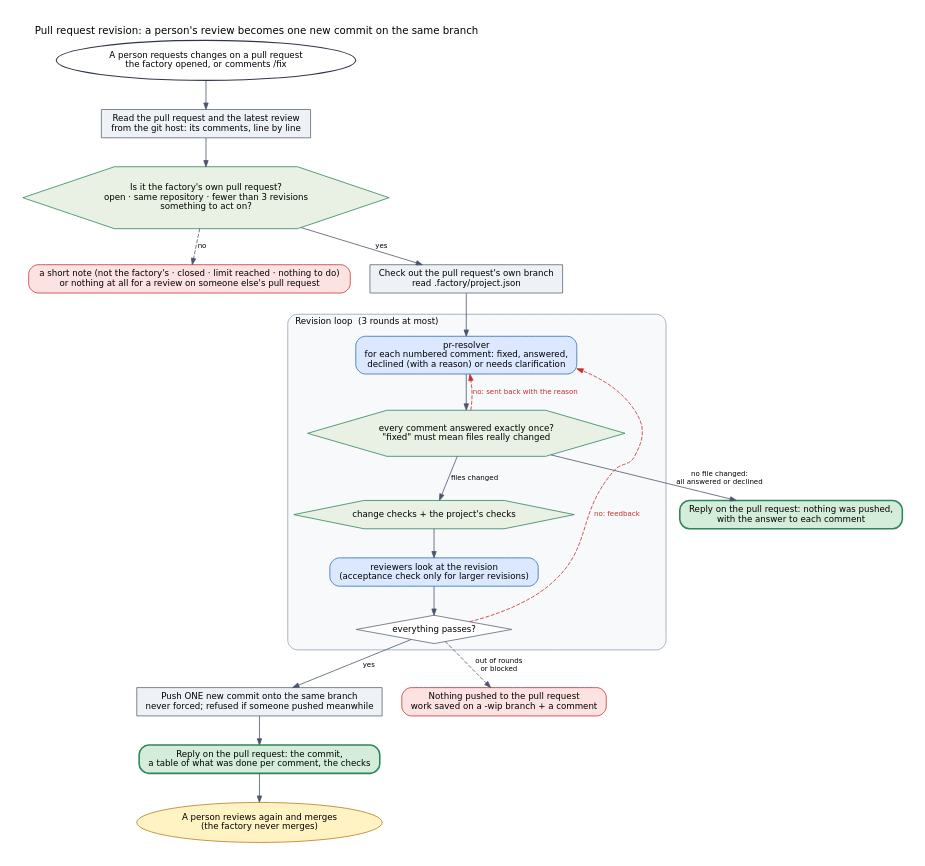
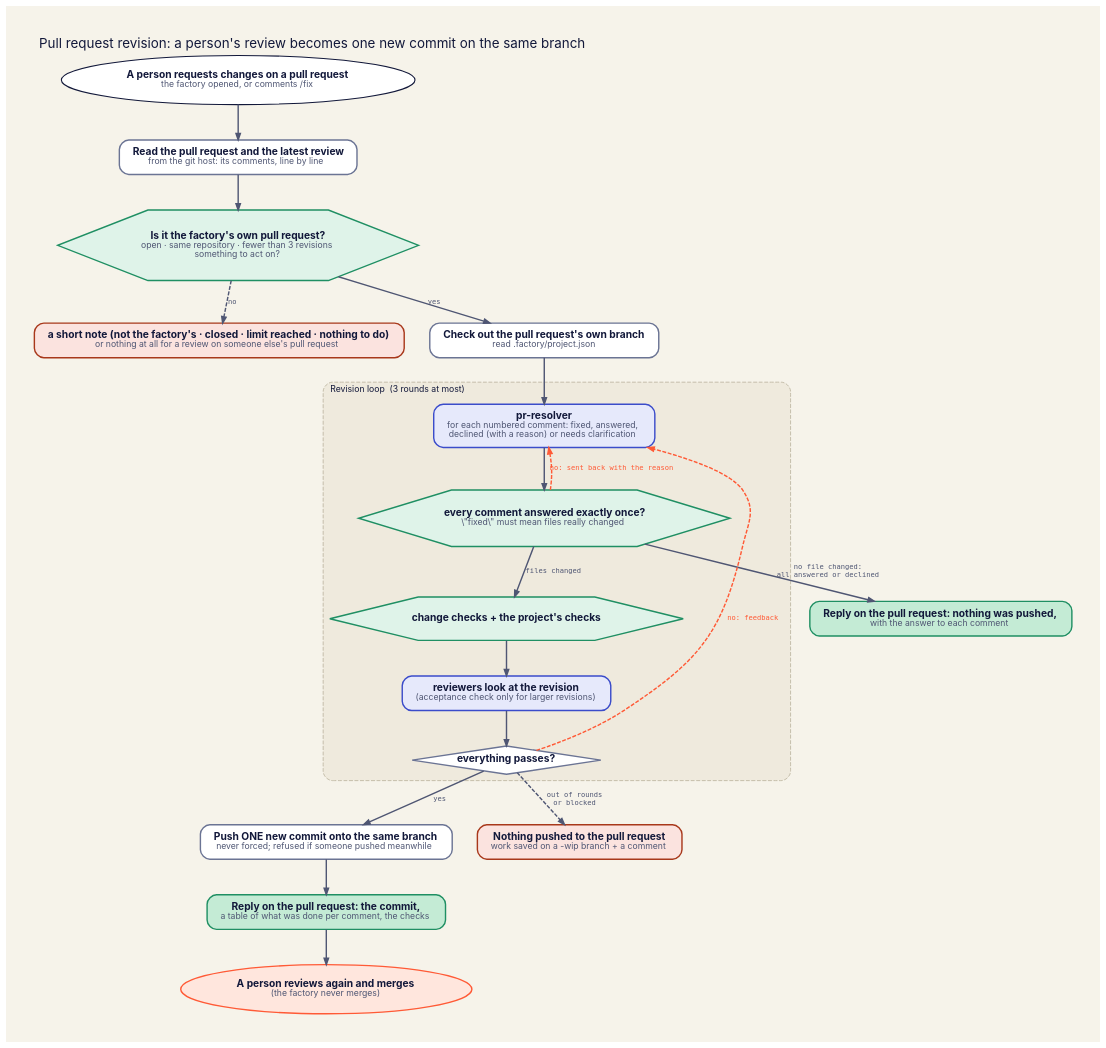
The diagram in docs/diagrams/pr-revision.dot (ai-sdlc-factory/ai-sdlc-factory), drawn with Graphviz before and after one commit. The commit also changed 24 other files, not shown here.

First line of the commit message:
Restyle docs diagrams to match the website

```diff
--- a/docs/diagrams/pr-revision.dot
+++ b/docs/diagrams/pr-revision.dot
@@ -1,39 +1,39 @@
 digraph pr_revision {
-  graph [rankdir=TB, fontname="DejaVu Sans", fontsize=13, bgcolor=white, pad=0.3, nodesep=0.35, ranksep=0.5, labelloc=t, labeljust=l, compound=true];
-  node  [fontname="DejaVu Sans", fontsize=11, shape=box, style="rounded,filled", margin="0.15,0.08", fillcolor="#eef2f6", color="#5b6773"];
-  edge  [fontname="DejaVu Sans", fontsize=9, color="#4a5568", arrowsize=0.8];
+  graph [rankdir=TB, fontname="Inter",  bgcolor="#f6f3ea", pad=0.5, nodesep=0.45, ranksep=0.60, fontcolor="#12183a", fontsize=17, labelloc=t, labeljust=l, compound=true];
+  node  [fontname="Inter", fontsize=13, fontcolor="#12183a", penwidth=1.8, shape=box, style="rounded,filled", margin="0.24,0.14", fillcolor="#ffffff", color="#6b7494"];
+  edge  [fontname="DejaVu Sans Mono", fontsize=9, fontcolor="#4f5673", penwidth=1.8, arrowhead=normal, color="#4f5673", arrowsize=0.8];
   label="Pull request revision: a person's review becomes one new commit on the same branch";
 
-  start  [label="A person requests changes on a pull request\nthe factory opened, or comments /fix", shape=oval, style="filled", fillcolor="#ffffff", color="#2d3748", penwidth=1.4];
-  read   [label="Read the pull request and the latest review\nfrom the git host: its comments, line by line", shape=box, style="filled", fillcolor="#eef2f6", color="#5b6773"];
-  rules  [label="Is it the factory's own pull request?\nopen · same repository · fewer than 3 revisions\nsomething to act on?", shape=hexagon, style="filled", fillcolor="#e8f1e4", color="#2f855a"];
-  refuse [label="a short note (not the factory's · closed · limit reached · nothing to do)\nor nothing at all for a review on someone else's pull request", shape=box, style="rounded,filled", fillcolor="#fde2e2", color="#c53030"];
-  intake [label="Check out the pull request's own branch\nread .factory/project.json", shape=box, style="filled", fillcolor="#eef2f6", color="#5b6773"];
+  start  [label=<<B>A person requests changes on a pull request</B><BR/><FONT COLOR="#4f5673" POINT-SIZE="11">the factory opened, or comments /fix</FONT>>, shape=oval, style="filled", fillcolor="#ffffff", color="#12183a", penwidth=1.4];
+  read   [label=<<B>Read the pull request and the latest review</B><BR/><FONT COLOR="#4f5673" POINT-SIZE="11">from the git host: its comments, line by line</FONT>>, shape=box, style="rounded,filled", fillcolor="#ffffff", color="#6b7494"];
+  rules  [label=<<B>Is it the factory's own pull request?</B><BR/><FONT COLOR="#4f5673" POINT-SIZE="11">open · same repository · fewer than 3 revisions</FONT><BR/><FONT COLOR="#4f5673" POINT-SIZE="11">something to act on?</FONT>>, shape=hexagon, style="filled", fillcolor="#dff3e9", color="#1f8f63"];
+  refuse [label=<<B>a short note (not the factory's · closed · limit reached · nothing to do)</B><BR/><FONT COLOR="#4f5673" POINT-SIZE="11">or nothing at all for a review on someone else's pull request</FONT>>, shape=box, style="rounded,filled", fillcolor="#fbe3df", color="#a8381b"];
+  intake [label=<<B>Check out the pull request's own branch</B><BR/><FONT COLOR="#4f5673" POINT-SIZE="11">read .factory/project.json</FONT>>, shape=box, style="rounded,filled", fillcolor="#ffffff", color="#6b7494"];
 
   subgraph cluster_loop {
-    label="Revision loop  (3 rounds at most)"; style="rounded,filled"; color="#8fa3b8"; fillcolor="#f7f9fb"; fontsize=11;
-    resolver [label="pr-resolver\nfor each numbered comment: fixed, answered,\ndeclined (with a reason) or needs clarification", shape=box, style="rounded,filled", fillcolor="#dbe8ff", color="#2b6cb0"];
-    answers  [label="every comment answered exactly once?\n\"fixed\" must mean files really changed", shape=hexagon, style="filled", fillcolor="#e8f1e4", color="#2f855a"];
-    checks   [label="change checks + the project's checks", shape=hexagon, style="filled", fillcolor="#e8f1e4", color="#2f855a"];
-    reviewers[label="reviewers look at the revision\n(acceptance check only for larger revisions)", shape=box, style="rounded,filled", fillcolor="#dbe8ff", color="#2b6cb0"];
-    ok       [label="everything passes?", shape=diamond, style="filled", fillcolor="#ffffff", color="#5b6773", margin="0.05,0.05"];
+    label="Revision loop  (3 rounds at most)"; style="rounded,filled,dashed"; color="#b9b29c"; fillcolor="#efeadd"; fontsize=11;
+    resolver [label=<<B>pr-resolver</B><BR/><FONT COLOR="#4f5673" POINT-SIZE="11">for each numbered comment: fixed, answered,</FONT><BR/><FONT COLOR="#4f5673" POINT-SIZE="11">declined (with a reason) or needs clarification</FONT>>, shape=box, style="rounded,filled", fillcolor="#e6e9fb", color="#3b4cca"];
+    answers  [label=<<B>every comment answered exactly once?</B><BR/><FONT COLOR="#4f5673" POINT-SIZE="11">\"fixed\" must mean files really changed</FONT>>, shape=hexagon, style="filled", fillcolor="#dff3e9", color="#1f8f63"];
+    checks   [label=<<B>change checks + the project's checks</B>>, shape=hexagon, style="filled", fillcolor="#dff3e9", color="#1f8f63"];
+    reviewers[label=<<B>reviewers look at the revision</B><BR/><FONT COLOR="#4f5673" POINT-SIZE="11">(acceptance check only for larger revisions)</FONT>>, shape=box, style="rounded,filled", fillcolor="#e6e9fb", color="#3b4cca"];
+    ok       [label=<<B>everything passes?</B>>, shape=diamond, style="filled", fillcolor="#ffffff", color="#6b7494", margin="0.05,0.05"];
   }
-  replied [label="Reply on the pull request: nothing was pushed,\nwith the answer to each comment", shape=box, style="rounded,filled,bold", fillcolor="#d4edda", color="#2f855a"];
-  push    [label="Push ONE new commit onto the same branch\nnever forced; refused if someone pushed meanwhile", shape=box, style="filled", fillcolor="#eef2f6", color="#5b6773"];
-  reply   [label="Reply on the pull request: the commit,\na table of what was done per comment, the checks", shape=box, style="rounded,filled,bold", fillcolor="#d4edda", color="#2f855a"];
-  again   [label="A person reviews again and merges\n(the factory never merges)", shape=ellipse, style="filled", fillcolor="#fff3c4", color="#b7791f"];
-  wip     [label="Nothing pushed to the pull request\nwork saved on a -wip branch + a comment", shape=box, style="rounded,filled", fillcolor="#fde2e2", color="#c53030"];
+  replied [label=<<B>Reply on the pull request: nothing was pushed,</B><BR/><FONT COLOR="#4f5673" POINT-SIZE="11">with the answer to each comment</FONT>>, shape=box, style="rounded,filled,bold", fillcolor="#c4ebd5", color="#1f8f63"];
+  push    [label=<<B>Push ONE new commit onto the same branch</B><BR/><FONT COLOR="#4f5673" POINT-SIZE="11">never forced; refused if someone pushed meanwhile</FONT>>, shape=box, style="rounded,filled", fillcolor="#ffffff", color="#6b7494"];
+  reply   [label=<<B>Reply on the pull request: the commit,</B><BR/><FONT COLOR="#4f5673" POINT-SIZE="11">a table of what was done per comment, the checks</FONT>>, shape=box, style="rounded,filled,bold", fillcolor="#c4ebd5", color="#1f8f63"];
+  again   [label=<<B>A person reviews again and merges</B><BR/><FONT COLOR="#4f5673" POINT-SIZE="11">(the factory never merges)</FONT>>, shape=ellipse, style="filled", fillcolor="#ffe6dd", color="#ff5a36"];
+  wip     [label=<<B>Nothing pushed to the pull request</B><BR/><FONT COLOR="#4f5673" POINT-SIZE="11">work saved on a -wip branch + a comment</FONT>>, shape=box, style="rounded,filled", fillcolor="#fbe3df", color="#a8381b"];
 
   start -> read -> rules;
   rules -> refuse [label="no", style=dashed];
   rules -> intake [label="yes"];
   intake -> resolver -> answers;
-  answers -> resolver [label="no: sent back with the reason", style=dashed, color="#c53030", fontcolor="#c53030", constraint=false];
+  answers -> resolver [label="no: sent back with the reason", style=dashed, color="#ff5a36", fontcolor="#ff5a36", constraint=false];
   answers -> replied [label="no file changed:\nall answered or declined"];
   answers -> checks [label="files changed"];
   checks -> reviewers -> ok;
   ok -> push [label="yes"];
-  ok -> resolver [label="no: feedback", style=dashed, color="#c53030", fontcolor="#c53030", constraint=false];
+  ok -> resolver [label="no: feedback", style=dashed, color="#ff5a36", fontcolor="#ff5a36", constraint=false];
   ok -> wip [label="out of rounds\nor blocked", style=dashed];
   push -> reply -> again;
 }
```
